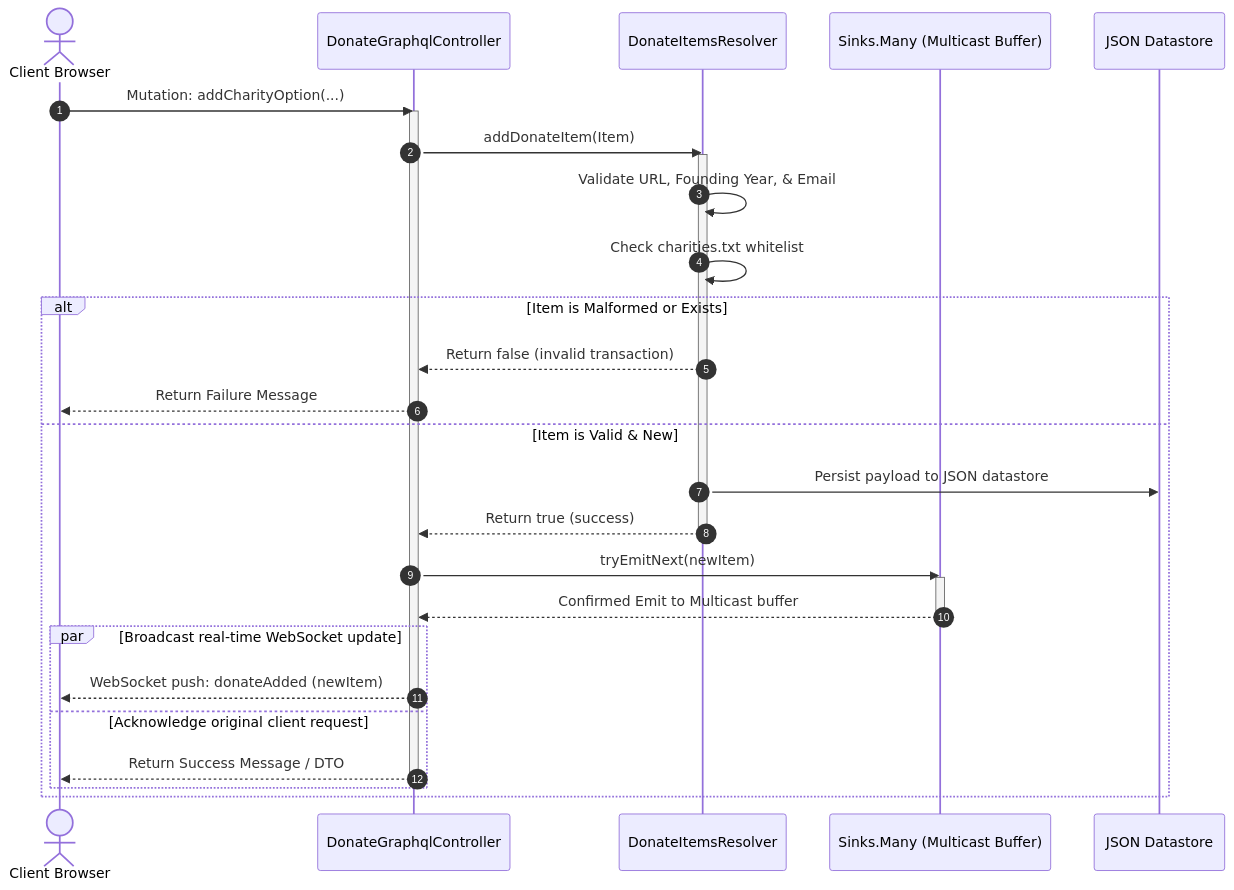
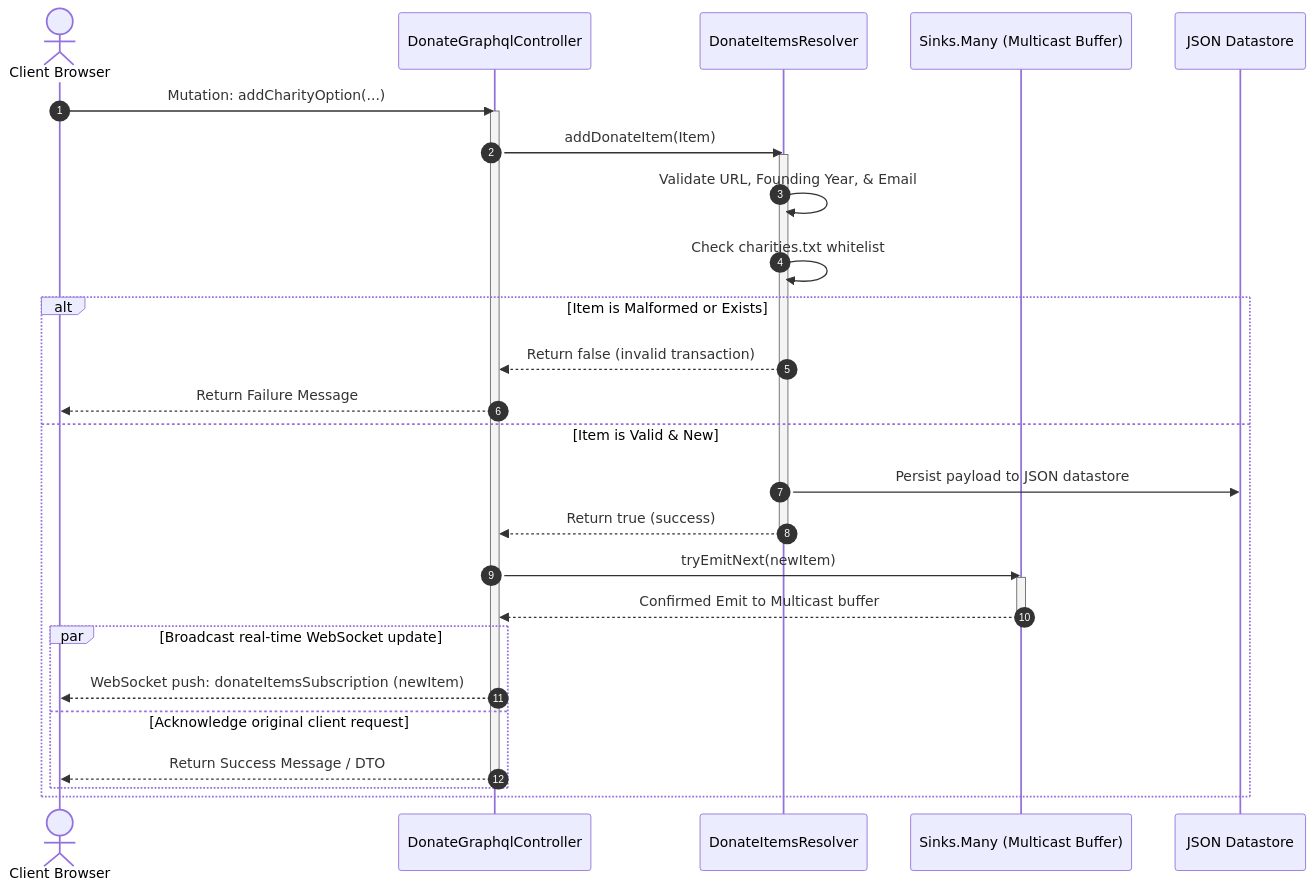
Before and after one commit to conorheffron/ironoc: the second of 3 diagrams in ARCHITECTURE.md, drawn with Mermaid. The commit also changed other lines of this file and 11 other files, not shown here.

Commit message:
Introduce client server comms via graphQL subscription for real time updates, Cleanup Spring & GraphQL dependencies

````diff
--- a/ARCHITECTURE.md
+++ b/ARCHITECTURE.md
@@ -102,37 +102,37 @@
 ```mermaid
 sequenceDiagram
     autonumber
     actor Client as Client Browser
     participant Controller as DonateGraphqlController
     participant Resolver as DonateItemsResolver
     participant Sink as Sinks.Many (Multicast Buffer)
     participant Disk as JSON Datastore
 
     Client->>Controller: Mutation: addCharityOption(...)
     activate Controller
     Controller->>Resolver: addDonateItem(Item)
     activate Resolver
     Resolver->>Resolver: Validate URL, Founding Year, & Email
     Resolver->>Resolver: Check charities.txt whitelist
 
     alt Item is Malformed or Exists
         Resolver-->>Controller: Return false (invalid transaction)
         Controller-->>Client: Return Failure Message
     else Item is Valid & New
         Resolver->>Disk: Persist payload to JSON datastore
         Resolver-->>Controller: Return true (success)
         deactivate Resolver
 
         Controller->>Sink: tryEmitNext(newItem)
         activate Sink
         Sink-->>Controller: Confirmed Emit to Multicast buffer
         deactivate Sink
 
         par Broadcast real-time WebSocket update
-            Controller-->>Client: WebSocket push: donateAdded (newItem)
+            Controller-->>Client: WebSocket push: donateItemsSubscription (newItem)
         and Acknowledge original client request
             Controller-->>Client: Return Success Message / DTO
             deactivate Controller
         end
     end
 ```
````
